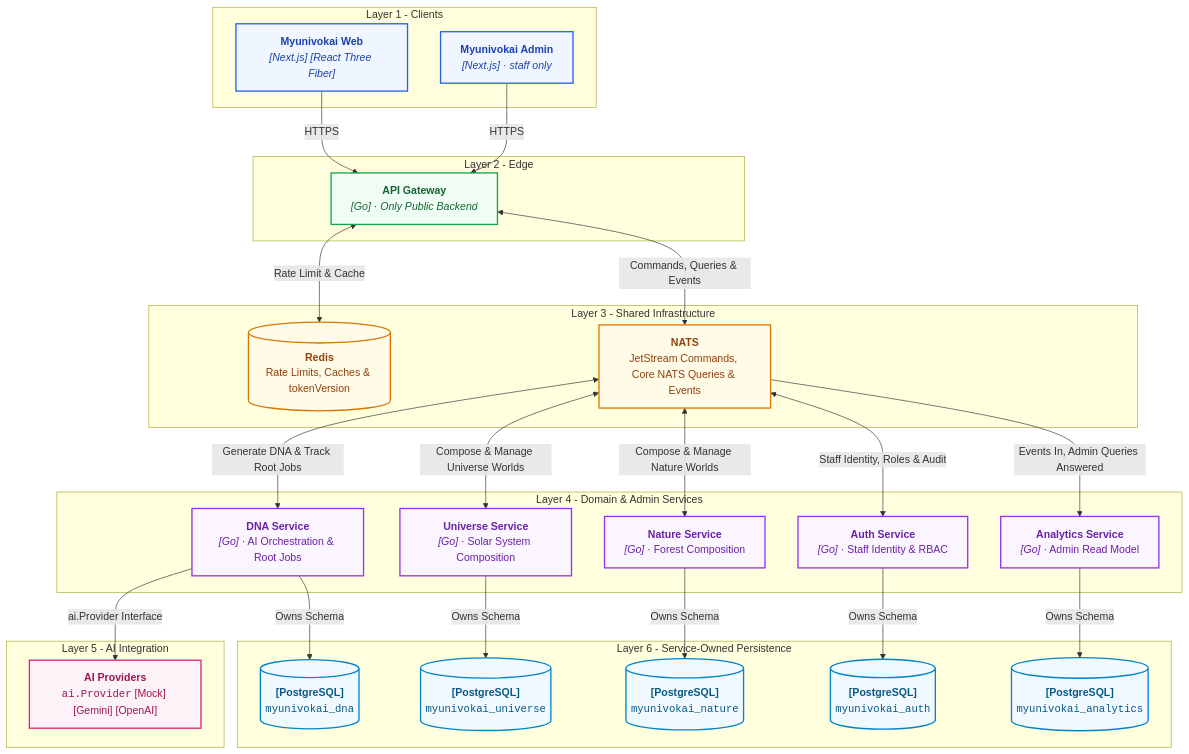
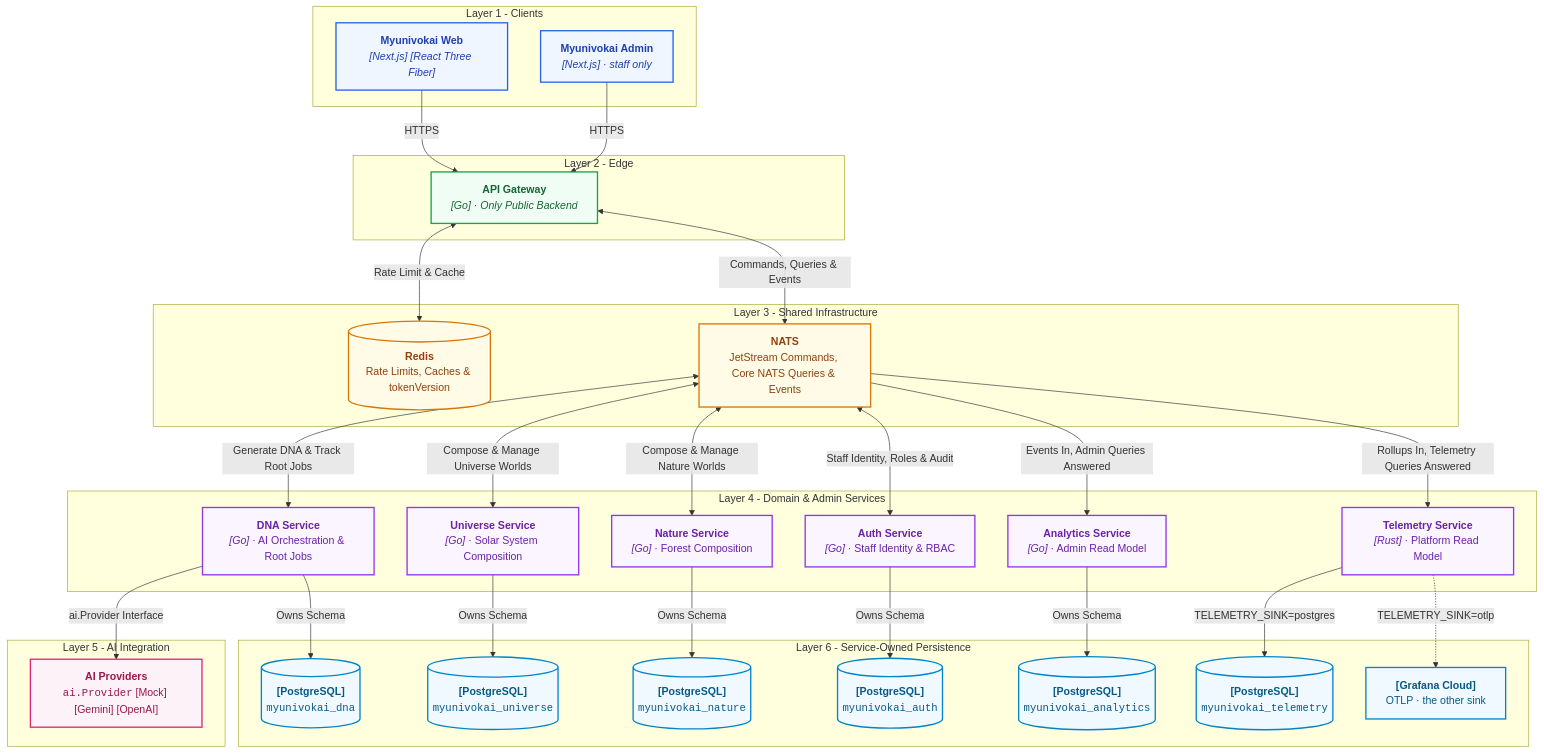
One commit to TuanTran0168/myunivokai changed the first of 2 diagrams in README.md. Above: the diagram before and after it, drawn with Mermaid. The commit also changed other lines of this file and 12 other files, not shown here.

Commit message:
[ADD][REPO][feat/repo/telemetry-service]: Give the seventh service a blueprint entry, a CI job and an ACL that lets it do exactly one thing

````diff
--- a/README.md
+++ b/README.md
@@ -14,62 +14,68 @@
 ```mermaid
 flowchart TB
   %% Class Definitions & Layer Colors
   classDef clientStyle fill:#eff6ff,stroke:#2563eb,stroke-width:2px,color:#1e40af;
   classDef edgeStyle fill:#f0fdf4,stroke:#16a34a,stroke-width:2px,color:#166534;
   classDef infraStyle fill:#fffbe6,stroke:#d97706,stroke-width:2px,color:#92400e;
   classDef domainStyle fill:#faf5ff,stroke:#9333ea,stroke-width:2px,color:#6b21a8;
   classDef aiStyle fill:#fdf2f8,stroke:#db2777,stroke-width:2px,color:#9d174d;
   classDef dbStyle fill:#f0f9ff,stroke:#0284c7,stroke-width:2px,color:#075985;
 
   subgraph clientLayer ["Layer 1 - Clients"]
     web["<b>Myunivokai Web</b><br/><i>[Next.js] [React Three Fiber]</i>"]:::clientStyle
     admin["<b>Myunivokai Admin</b><br/><i>[Next.js] · staff only</i>"]:::clientStyle
   end
 
   subgraph edgeLayer ["Layer 2 - Edge"]
     gateway["<b>API Gateway</b><br/><i>[Go] · Only Public Backend</i>"]:::edgeStyle
   end
 
   subgraph infrastructureLayer ["Layer 3 - Shared Infrastructure"]
     redis[("<b>Redis</b><br/>Rate Limits, Caches & tokenVersion")]:::infraStyle
     nats["<b>NATS</b><br/>JetStream Commands, Core NATS Queries & Events"]:::infraStyle
   end
 
   subgraph domainLayer ["Layer 4 - Domain & Admin Services"]
     dna["<b>DNA Service</b><br/><i>[Go]</i> · AI Orchestration & Root Jobs"]:::domainStyle
     universe["<b>Universe Service</b><br/><i>[Go]</i> · Solar System Composition"]:::domainStyle
     nature["<b>Nature Service</b><br/><i>[Go]</i> · Forest Composition"]:::domainStyle
     auth["<b>Auth Service</b><br/><i>[Go]</i> · Staff Identity & RBAC"]:::domainStyle
     analytics["<b>Analytics Service</b><br/><i>[Go]</i> · Admin Read Model"]:::domainStyle
+    telemetry["<b>Telemetry Service</b><br/><i>[Rust]</i> · Platform Read Model"]:::domainStyle
   end
 
   subgraph integrationLayer ["Layer 5 - AI Integration"]
     providers["<b>AI Providers</b><br/><code>ai.Provider</code> [Mock] [Gemini] [OpenAI]"]:::aiStyle
   end
 
   subgraph persistenceLayer ["Layer 6 - Service-Owned Persistence"]
     dnaDatabase[("<b>[PostgreSQL]</b><br/><code>myunivokai_dna</code>")]:::dbStyle
     universeDatabase[("<b>[PostgreSQL]</b><br/><code>myunivokai_universe</code>")]:::dbStyle
     natureDatabase[("<b>[PostgreSQL]</b><br/><code>myunivokai_nature</code>")]:::dbStyle
     authDatabase[("<b>[PostgreSQL]</b><br/><code>myunivokai_auth</code>")]:::dbStyle
     analyticsDatabase[("<b>[PostgreSQL]</b><br/><code>myunivokai_analytics</code>")]:::dbStyle
+    telemetryDatabase[("<b>[PostgreSQL]</b><br/><code>myunivokai_telemetry</code>")]:::dbStyle
+    grafana["<b>[Grafana Cloud]</b><br/>OTLP · the other sink"]:::dbStyle
   end
 
   web -->|"HTTPS"| gateway
   admin -->|"HTTPS"| gateway
   gateway <-->|"Rate Limit & Cache"| redis
   gateway <-->|"Commands, Queries & Events"| nats
 
   nats <-->|"Generate DNA & Track Root Jobs"| dna
   nats <-->|"Compose & Manage Universe Worlds"| universe
   nats <-->|"Compose & Manage Nature Worlds"| nature
   nats <-->|"Staff Identity, Roles & Audit"| auth
   nats -->|"Events In, Admin Queries Answered"| analytics
+  nats -->|"Rollups In, Telemetry Queries Answered"| telemetry
 
   dna -->|"ai.Provider Interface"| providers
   dna -->|"Owns Schema"| dnaDatabase
   universe -->|"Owns Schema"| universeDatabase
   nature -->|"Owns Schema"| natureDatabase
   auth -->|"Owns Schema"| authDatabase
   analytics -->|"Owns Schema"| analyticsDatabase
+  telemetry -->|"TELEMETRY_SINK=postgres"| telemetryDatabase
+  telemetry -.->|"TELEMETRY_SINK=otlp"| grafana
 ```
````
